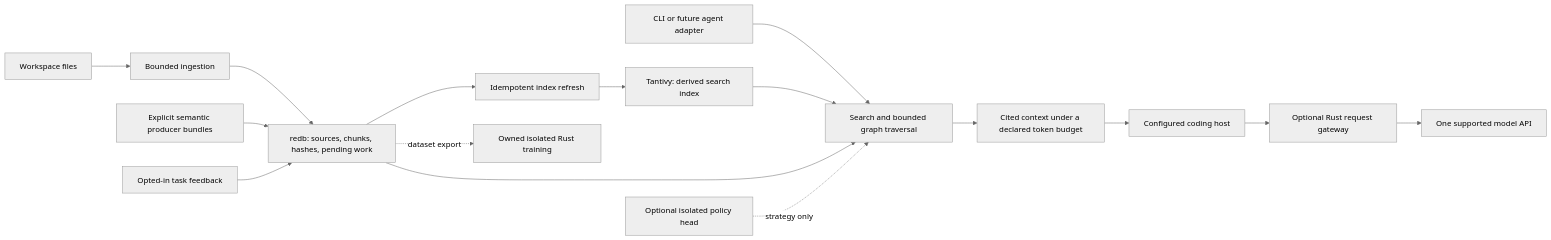
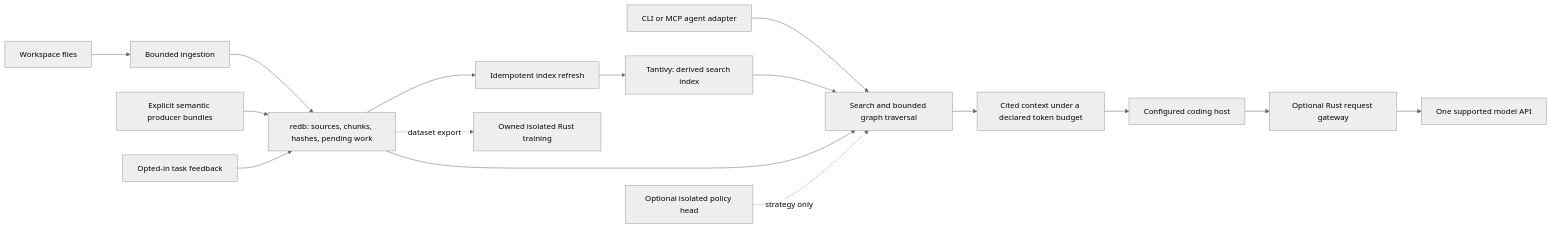
The second of 2 diagrams in docs/architecture.md (dwbimstr/context-foundry), drawn with Mermaid (neutral theme) before and after one commit. The commit also changed other lines of this file and 22 other files, not shown here.

````diff
--- a/docs/architecture.md
+++ b/docs/architecture.md
@@ -138,18 +242,18 @@
 ```mermaid
 flowchart LR
     Files[Workspace files] --> Ingest[Bounded ingestion]
     Ingest --> DB[redb: sources, chunks, hashes, pending work]
     DB --> Indexer[Idempotent index refresh]
     Indexer --> Search[Tantivy: derived search index]
     Providers[Explicit semantic producer bundles] --> DB
-    Agent[CLI or future agent adapter] --> Retrieval[Search and bounded graph traversal]
+    Agent[CLI or MCP agent adapter] --> Retrieval[Search and bounded graph traversal]
     Search --> Retrieval
     DB --> Retrieval
     Retrieval --> Pack[Cited context under a declared token budget]
     Policy[Optional isolated policy head] -. strategy only .-> Retrieval
     Feedback[Opted-in task feedback] --> DB
     DB -. dataset export .-> Trainer[Owned isolated Rust training]
     Pack --> Host[Configured coding host]
     Host --> Gateway[Optional Rust request gateway]
     Gateway --> API[One supported model API]
 ```
````
